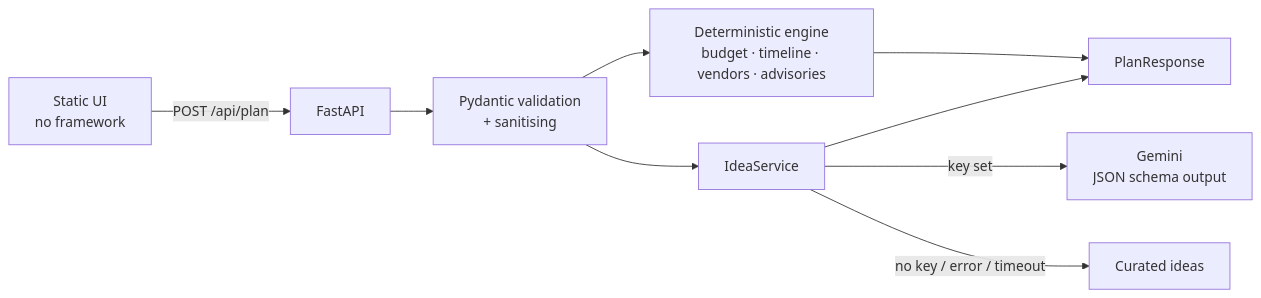
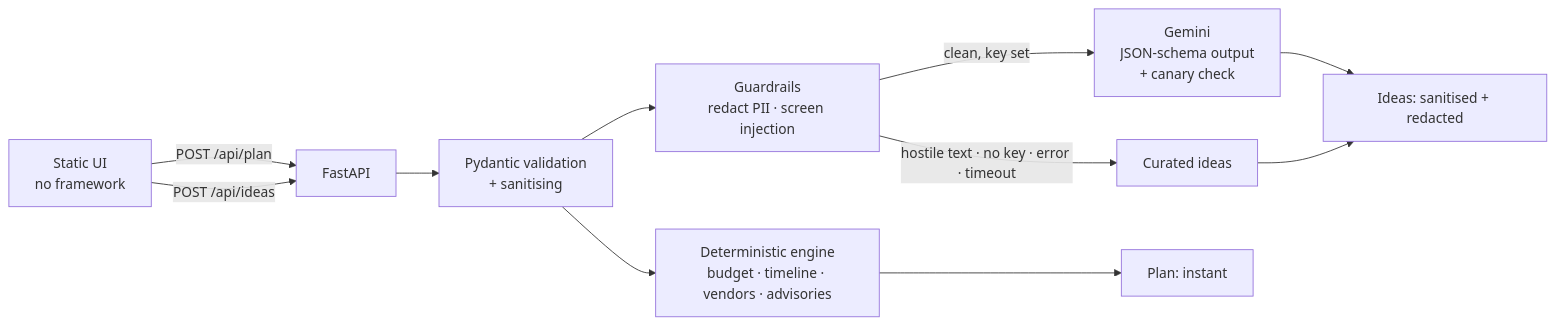
Before and after one commit to kannaya432/kannaya-remainder-party: the diagram in README.md, drawn with Mermaid. The commit also changed other lines of this file, not shown here.

````diff
--- a/README.md
+++ b/README.md
@@ -11,11 +32,13 @@
 ```mermaid
 flowchart LR
   UI[Static UI<br/>no framework] -->|POST /api/plan| API[FastAPI]
+  UI -->|POST /api/ideas| API
   API --> V[Pydantic validation<br/>+ sanitising]
   V --> E[Deterministic engine<br/>budget · timeline · vendors · advisories]
-  V --> I[IdeaService]
-  I -->|key set| G[Gemini<br/>JSON schema output]
-  I -->|no key / error / timeout| C[Curated ideas]
-  E --> R[PlanResponse]
-  I --> R
+  V --> G0[Guardrails<br/>redact PII · screen injection]
+  G0 -->|clean, key set| G[Gemini<br/>JSON-schema output<br/>+ canary check]
+  G0 -->|hostile text · no key · error · timeout| C[Curated ideas]
+  E --> P[Plan: instant]
+  G --> I[Ideas: sanitised + redacted]
+  C --> I
 ```
````
